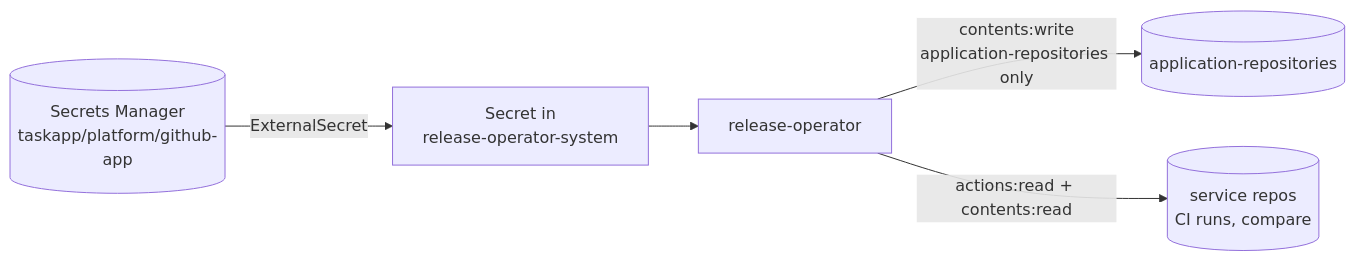
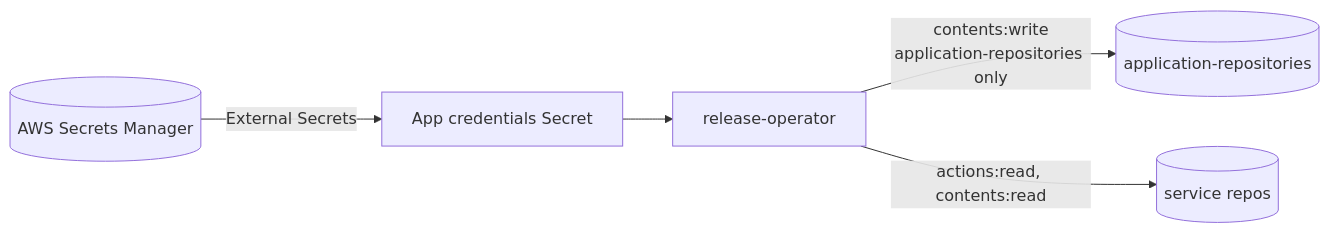
One commit to entr0pian/release-operator changed the fourth of 4 diagrams in README.md. Above: the diagram before and after it, drawn with Mermaid. The commit also changed other lines of this file and 1 other file, not shown here.

Commit message:
Tighten README for readers new to the platform and drop the outdated auto-deploy doc

````diff
--- a/README.md
+++ b/README.md
@@ -151,7 +145,7 @@
 ```mermaid
 flowchart LR
-    SM[("Secrets Manager<br/>taskapp/platform/github-app")] -->|ExternalSecret| K["Secret in<br/>release-operator-system"]
+    SM[("AWS Secrets Manager")] -->|External Secrets| K["App credentials Secret"]
     K --> OP["release-operator"]
     OP -->|"contents:write<br/>application-repositories only"| AR[("application-repositories")]
-    OP -->|"actions:read + contents:read"| SVC[("service repos<br/>CI runs, compare")]
+    OP -->|"actions:read, contents:read"| SVC[("service repos")]
 ```
````
